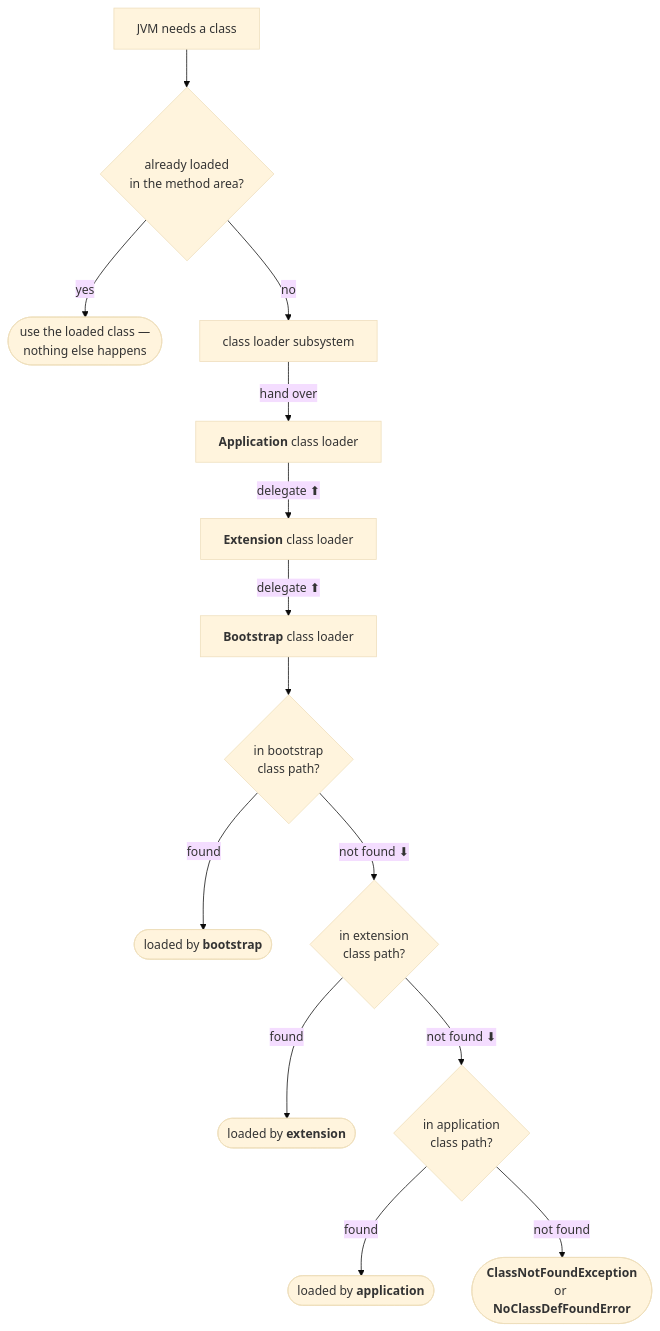
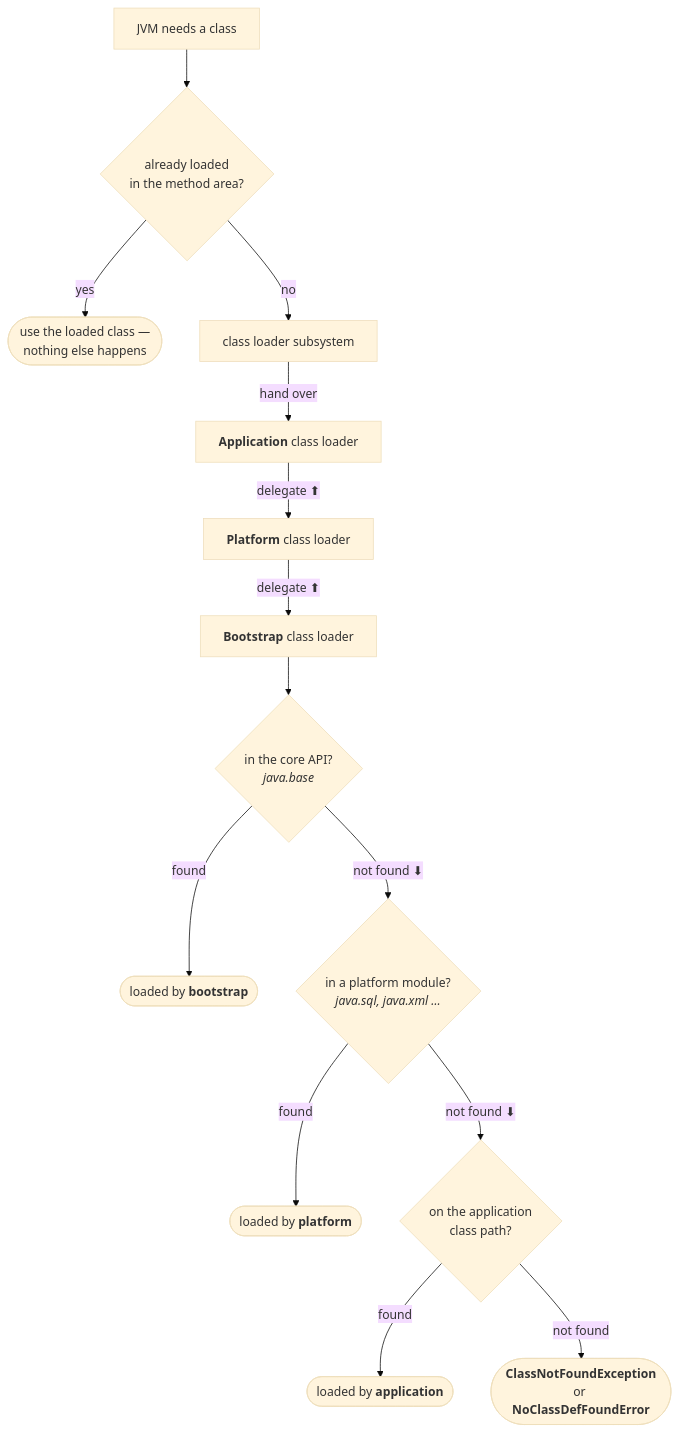
The first of 2 diagrams in Java/DURGA/JVM-ARCHITECTURE/03-How-The-Class-Loader-Works.md (Dummy-Bug/system-design-handbook), drawn with Mermaid (base theme) before and after one commit. The commit also changed other lines of this file and 8 other files, not shown here.

````diff
--- a/Java/DURGA/JVM-ARCHITECTURE/03-How-The-Class-Loader-Works.md
+++ b/Java/DURGA/JVM-ARCHITECTURE/03-How-The-Class-Loader-Works.md
@@ -61,16 +46,16 @@
 ```mermaid
 flowchart TB
     JVM["JVM needs a class"] --> CHK{"already loaded<br/>in the method area?"}
     CHK -->|yes| USE(["use the loaded class —<br/>nothing else happens"])
     CHK -->|no| CLS["class loader subsystem"]
     CLS -->|"hand over"| A1["<b>Application</b> class loader"]
-    A1 -->|"delegate ⬆"| E1["<b>Extension</b> class loader"]
+    A1 -->|"delegate ⬆"| E1["<b>Platform</b> class loader"]
     E1 -->|"delegate ⬆"| B1["<b>Bootstrap</b> class loader"]
-    B1 --> BS{"in bootstrap<br/>class path?"}
+    B1 --> BS{"in the core API?<br/><i>java.base</i>"}
     BS -->|found| LB(["loaded by <b>bootstrap</b>"])
-    BS -->|not found ⬇| ES{"in extension<br/>class path?"}
-    ES -->|found| LE(["loaded by <b>extension</b>"])
-    ES -->|not found ⬇| AS{"in application<br/>class path?"}
+    BS -->|not found ⬇| ES{"in a platform module?<br/><i>java.sql, java.xml …</i>"}
+    ES -->|found| LE(["loaded by <b>platform</b>"])
+    ES -->|not found ⬇| AS{"on the application<br/>class path?"}
     AS -->|found| LA(["loaded by <b>application</b>"])
     AS -->|not found| ERR(["<b>ClassNotFoundException</b><br/>or <b>NoClassDefFoundError</b>"])
 ```
````
